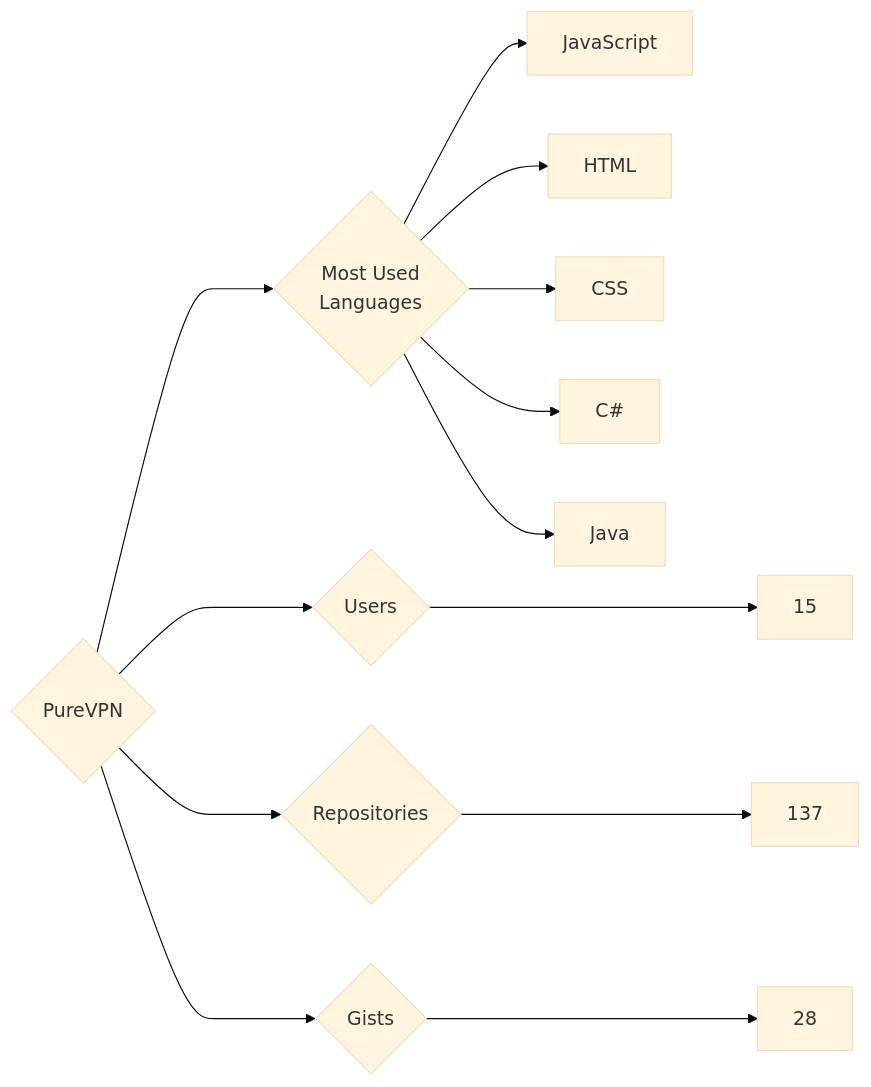
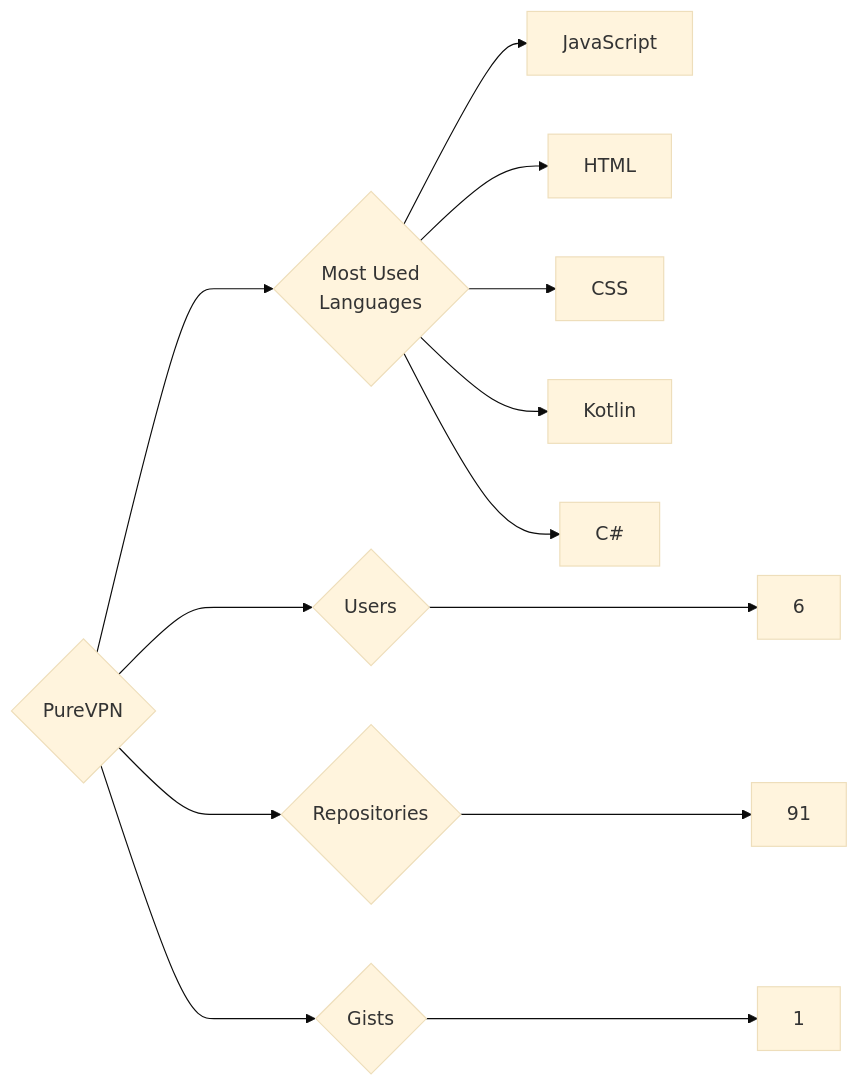
The diagram in targets/PureVPN/README.md (trickest/insiders), drawn with Mermaid (base theme) before and after one commit. The commit also changed 920 other files, not shown here.

````diff
--- a/targets/PureVPN/README.md
+++ b/targets/PureVPN/README.md
@@ -3,13 +3,13 @@
 ```mermaid
 graph LR
 COMPANY_NAME{PureVPN}
-COMPANY_NAME ---> U{Users} ---> UN[15]
-COMPANY_NAME ---> R{Repositories} ---> RN[137]
-COMPANY_NAME ---> G{Gists} ---> GN[28]
+COMPANY_NAME ---> U{Users} ---> UN[6]
+COMPANY_NAME ---> R{Repositories} ---> RN[91]
+COMPANY_NAME ---> G{Gists} ---> GN[1]
 COMPANY_NAME ---> ML{Most Used<br>Languages}
 ML --> JavaScript[JavaScript]
 ML --> HTML[HTML]
 ML --> CSS[CSS]
+ML --> Kotlin[Kotlin]
 ML --> C#[C#]
-ML --> Java[Java]
 ```
````
